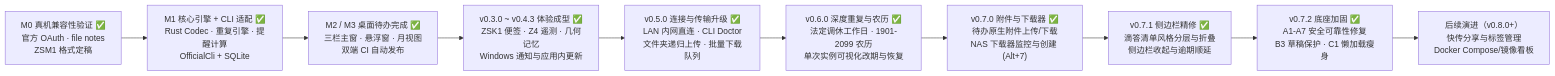
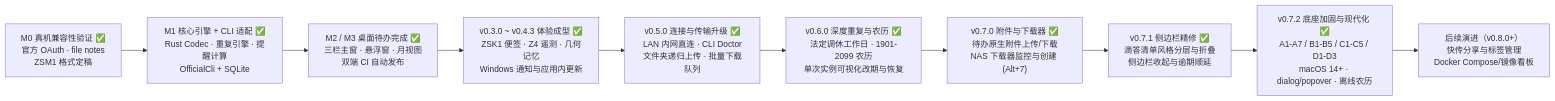
One commit to garyhj/ZSpaceMemo changed the second of 2 diagrams in docs/DESIGN.md. Above: the diagram before and after it, drawn with Mermaid. The commit also changed other lines of this file and 24 other files, not shown here.

````diff
--- a/docs/DESIGN.md
+++ b/docs/DESIGN.md
@@ -169,12 +169,12 @@
 ```mermaid
 flowchart LR
   M0["M0 真机兼容性验证 ✅<br/>官方 OAuth · file notes<br/>ZSM1 格式定稿"] --> M1["M1 核心引擎 + CLI 适配 ✅<br/>Rust Codec · 重复引擎 · 提醒计算<br/>OfficialCli + SQLite"]
   M1 --> M2["M2 / M3 桌面待办完成 ✅<br/>三栏主窗 · 悬浮窗 · 月视图<br/>双端 CI 自动发布"]
   M2 --> V030["v0.3.0 ~ v0.4.3 体验成型 ✅<br/>ZSK1 便签 · Z4 遥测 · 几何记忆<br/>Windows 通知与应用内更新"]
   V030 --> V050["v0.5.0 连接与传输升级 ✅<br/>LAN 内网直连 · CLI Doctor<br/>文件夹递归上传 · 批量下载队列"]
   V050 --> V060["v0.6.0 深度重复与农历 ✅<br/>法定调休工作日 · 1901-2099 农历<br/>单次实例可视化改期与恢复"]
   V060 --> V070["v0.7.0 附件与下载器 ✅<br/>待办原生附件上传/下载<br/>NAS 下载器监控与创建 (Alt+7)"]
   V070 --> V071["v0.7.1 侧边栏精修 ✅<br/>滴答清单风格分层与折叠<br/>侧边栏收起与逾期顺延"]
-  V071 --> V072["v0.7.2 底座加固 ✅<br/>A1-A7 安全可靠性修复<br/>B3 草稿保护 · C1 懒加载瘦身"]
+  V071 --> V072["v0.7.2 底座加固与现代化 ✅<br/>A1-A7 / B1-B5 / C1-C5 / D1-D3<br/>macOS 14+ · dialog/popover · 离线农历"]
   V072 --> NEXT["后续演进（v0.8.0+）<br/>快传分享与标签管理<br/>Docker Compose/镜像看板"]
 ```
````
